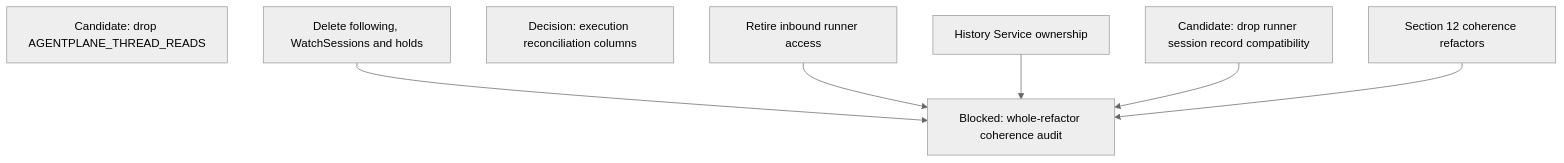
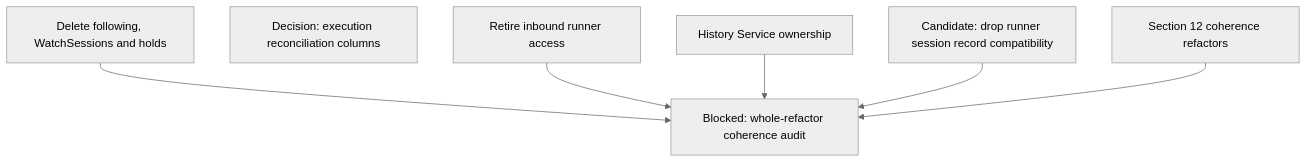
Before and after one commit to agentydragon-agent/ducktape: diagram 11 of 13 in agentplane/plans/task_dag.md, drawn with Mermaid (neutral theme). The commit also changed other lines of this file and 3 other files, not shown here.

First line of the commit message:
cluster/cdk8s/agentplane: drop AGENTPLANE_THREAD_READS (#10069)

````diff
--- a/agentplane/plans/task_dag.md
+++ b/agentplane/plans/task_dag.md
@@ -786,12 +786,11 @@
 ```mermaid
 flowchart TD
-    APP_THREAD_VIEW_CLEANUP[Candidate: drop AGENTPLANE_THREAD_READS]
     RUNNER_SESSION_RECORD_SHIMS[Candidate: drop runner session record compatibility]
     ACTION_EXECUTION_AUDIT_TRIM[Decision: execution reconciliation columns]
     REFACTOR_COHERENCE_AUDIT[Blocked: whole-refactor coherence audit]
     FOLLOW_PATH_RETIRE[Delete following, WatchSessions and holds] --> REFACTOR_COHERENCE_AUDIT
     RUNNER_INBOUND_RETIRE[Retire inbound runner access] --> REFACTOR_COHERENCE_AUDIT
     HISTORY_SERVICE_OWNERSHIP[History Service ownership] --> REFACTOR_COHERENCE_AUDIT
     RUNNER_SESSION_RECORD_SHIMS --> REFACTOR_COHERENCE_AUDIT
     COHERENCE_REFACTORS[Section 12 coherence refactors] --> REFACTOR_COHERENCE_AUDIT
 ```
````
